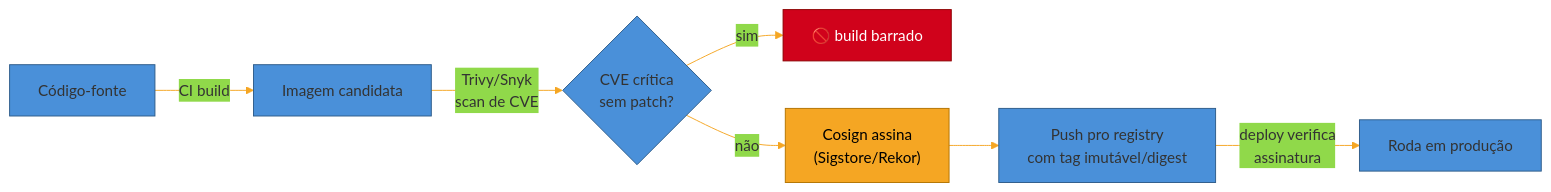
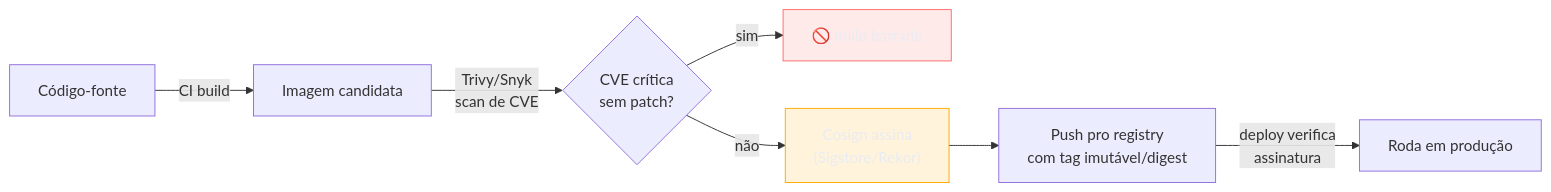
One commit to josenaldo/codex-technomanticus changed the second of 2 diagrams in 03-Dominios/Engenharia/Operação/3 - Rodar em produção/01 - Containers em produção.md. Above: the diagram before and after it, drawn with Mermaid. The commit also changed other lines of this file and 1181 other files, not shown here.

First line of the commit message:
fix(diagramas): paleta do sistema no lugar de cor cravada no markdown

````diff
--- a/03-Dominios/Engenharia/Operação/3 - Rodar em produção/01 - Containers em produção.md
+++ b/03-Dominios/Engenharia/Operação/3 - Rodar em produção/01 - Containers em produção.md
@@ -136,12 +137,13 @@
 ```mermaid
-%%{init: {"theme": "base", "themeVariables": {"primaryColor": "#4A90D9", "primaryBorderColor": "#2E5C8A", "lineColor": "#F5A623"}}}%%
 graph LR
+    classDef falha fill:#FF6B6B24,stroke:#FF6B6B,color:#E9ECF2
+    classDef destaque fill:#FFAA0024,stroke:#FFAA00,color:#E9ECF2
     A["Código-fonte"] -->|"CI build"| B["Imagem candidata"]
     B -->|"Trivy/Snyk<br/>scan de CVE"| C{"CVE crítica<br/>sem patch?"}
     C -->|"sim"| BLOQUEIA["🚫 build barrado"]
     C -->|"não"| D["Cosign assina<br/>(Sigstore/Rekor)"]
     D --> E["Push pro registry<br/>com tag imutável/digest"]
     E -->|"deploy verifica<br/>assinatura"| F["Roda em produção"]
-    style BLOQUEIA fill:#D0021B,stroke:#8B0000,color:#fff
-    style D fill:#F5A623,stroke:#B37400,color:#000
+    class BLOQUEIA falha
+    class D destaque
 ```
````
